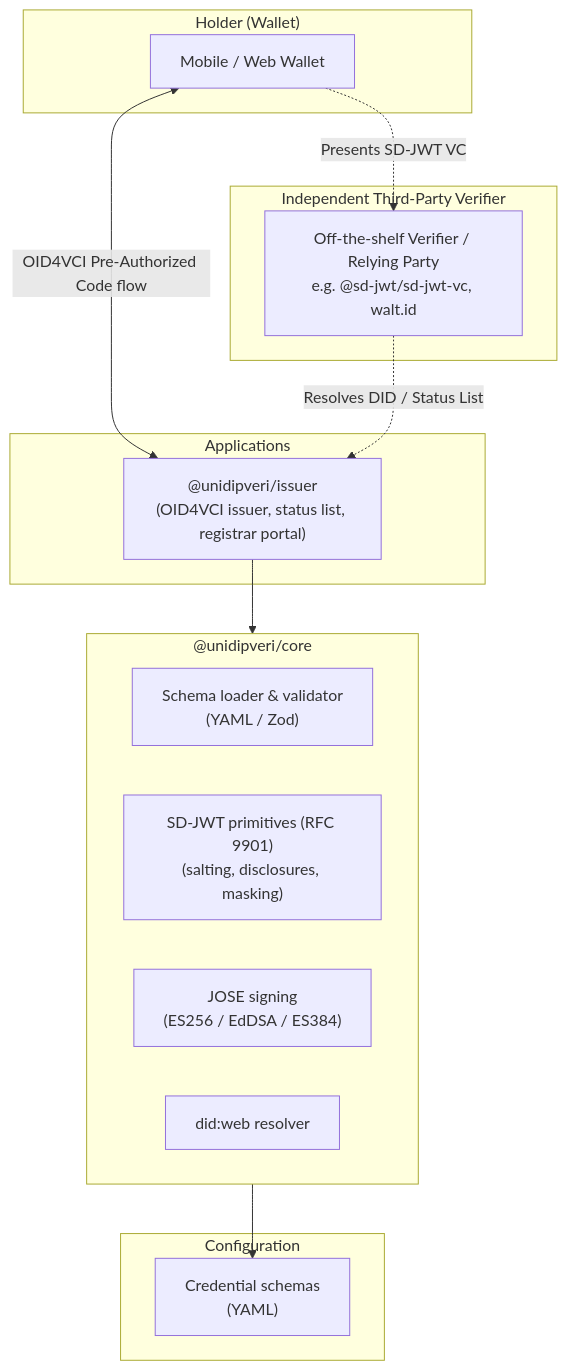
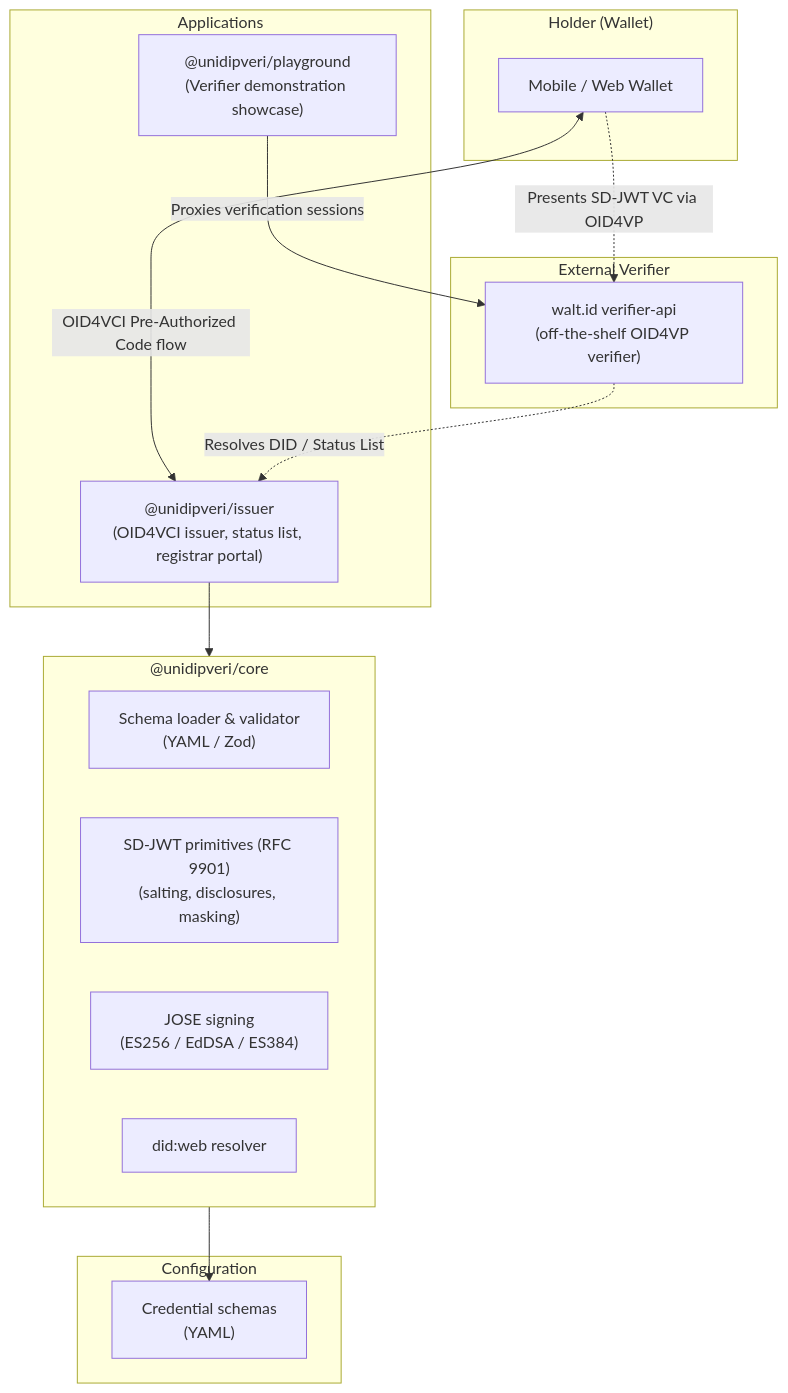
The diagram in README.md (huypengin/UniDipVeri), drawn with Mermaid before and after one commit. The commit also changed other lines of this file and 3 other files, not shown here.

````diff
--- a/README.md
+++ b/README.md
@@ -61,31 +62,33 @@
 ```mermaid
 flowchart TD
     subgraph Client ["Holder (Wallet)"]
         W[Mobile / Web Wallet]
     end
 
-    subgraph Verifier ["Independent Third-Party Verifier"]
-        V[Off-the-shelf Verifier / Relying Party<br/>e.g. @sd-jwt/sd-jwt-vc, walt.id]
+    subgraph Apps ["Applications"]
+        IssuerApp["@unidipveri/issuer<br/>(OID4VCI issuer, status list, registrar portal)"]
+        PlaygroundApp["@unidipveri/playground<br/>(Verifier demonstration showcase)"]
     end
 
-    subgraph Apps ["Applications"]
-        IssuerApp["@unidipveri/issuer<br/>(OID4VCI issuer, status list, registrar portal)"]
+    subgraph External ["External Verifier"]
+        WaltID["walt.id verifier-api<br/>(off-the-shelf OID4VP verifier)"]
     end
 
     subgraph CoreEngine ["@unidipveri/core"]
         SchemaMod["Schema loader & validator<br/>(YAML / Zod)"]
         SDMod["SD-JWT primitives (RFC 9901)<br/>(salting, disclosures, masking)"]
         SignMod["JOSE signing<br/>(ES256 / EdDSA / ES384)"]
         DIDMod["did:web resolver"]
     end
 
     subgraph ConfigArtifacts ["Configuration"]
         Schemas["Credential schemas<br/>(YAML)"]
     end
 
     W <-->|OID4VCI Pre-Authorized Code flow| IssuerApp
     IssuerApp --> CoreEngine
     CoreEngine --> Schemas
-    W -.->|Presents SD-JWT VC| V
-    V -.->|Resolves DID / Status List| IssuerApp
+    W -.->|Presents SD-JWT VC via OID4VP| WaltID
+    WaltID -.->|Resolves DID / Status List| IssuerApp
+    PlaygroundApp -->|Proxies verification sessions| WaltID
 ```
````
